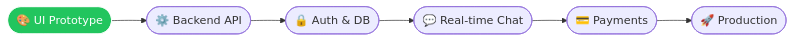
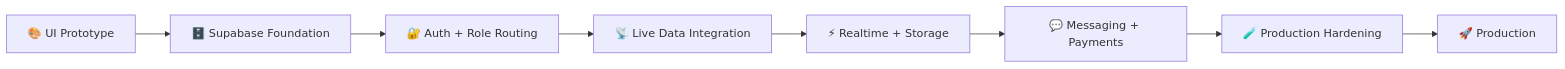
One commit to Dhodiapreet/job-sequence-app changed the fifth of 5 diagrams in README.md. Above: the diagram before and after it, drawn with Mermaid. The commit also changed other lines of this file, not shown here.

````diff
--- a/README.md
+++ b/README.md
@@ -261,10 +753,20 @@
 ```mermaid
 flowchart LR
-    A([🎨 UI Prototype]) --> B([⚙️ Backend API])
-    B --> C([🔒 Auth & DB])
-    C --> D([💬 Real-time Chat])
-    D --> E([💳 Payments])
-    E --> F([🚀 Production])
-    
-    style A fill:#22C55E,stroke:#fff,color:#fff
+
+    A[🎨 UI Prototype]
+    B[🗄️ Supabase Foundation]
+    C[🔐 Auth + Role Routing]
+    D[📡 Live Data Integration]
+    E[⚡ Realtime + Storage]
+    F[💬 Messaging + Payments]
+    G[🧪 Production Hardening]
+    H[🚀 Production]
+
+    A --> B
+    B --> C
+    C --> D
+    D --> E
+    E --> F
+    F --> G
+    G --> H
 ```
````
